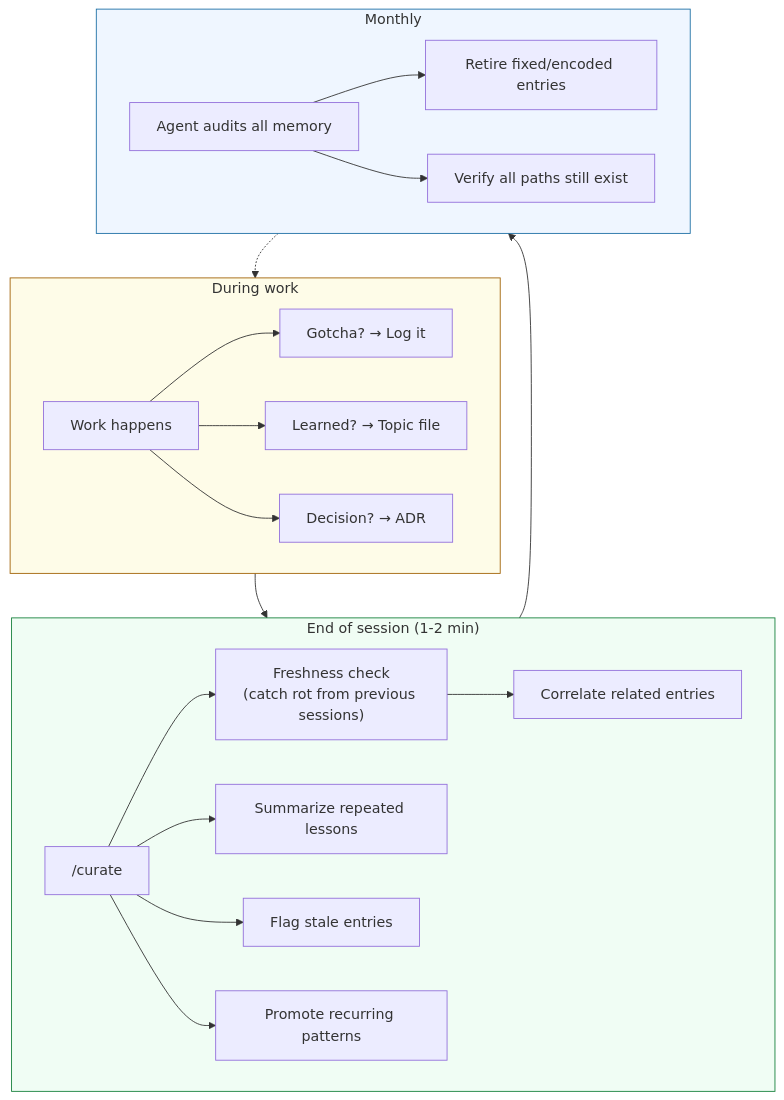
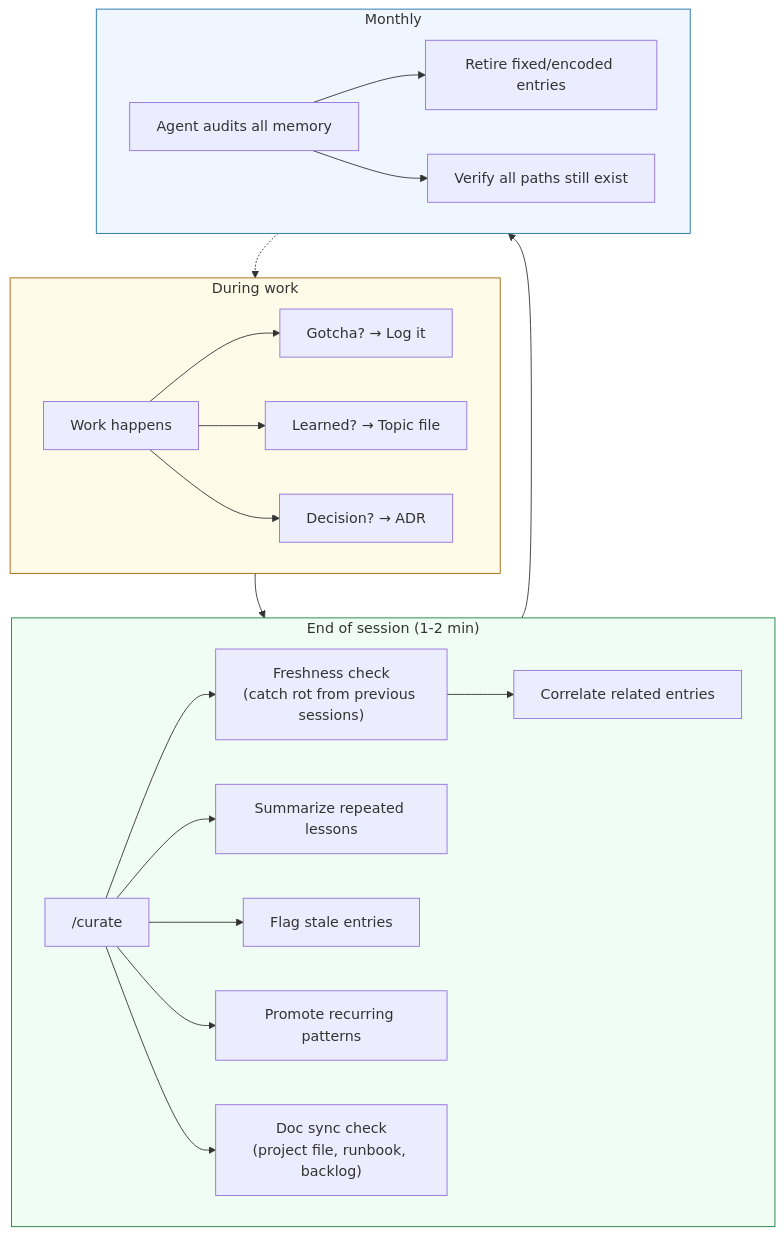
Before and after one commit to ducroq/agent-ready-projects: the fourth of 4 diagrams in docs/guide/04-the-rhythm.md, drawn with Mermaid. The commit also changed other lines of this file and 5 other files, not shown here.

First line of the commit message:
v1.6.0: doc sync step in /curate — catch documentation drift from code changes

````diff
--- a/docs/guide/04-the-rhythm.md
+++ b/docs/guide/04-the-rhythm.md
@@ -96,32 +100,33 @@
 ```mermaid
 flowchart TD
     subgraph during["During work"]
         W["Work happens"]
         W --> Gotcha["Gotcha? → Log it"]
         W --> Learn["Learned? → Topic file"]
         W --> Decide["Decision? → ADR"]
     end
 
     subgraph eos["End of session (1-2 min)"]
         Curate["/curate"]
         Curate --> Fresh["Freshness check<br/>(catch rot from previous sessions)"]
         Fresh --> Correlate["Correlate related entries"]
         Curate --> Summarize["Summarize repeated lessons"]
         Curate --> Prune["Flag stale entries"]
         Curate --> Promote["Promote recurring patterns"]
+        Curate --> DocSync["Doc sync check<br/>(project file, runbook, backlog)"]
     end
 
     subgraph monthly["Monthly"]
         Audit["Agent audits all memory"]
         Audit --> Retire["Retire fixed/encoded entries"]
         Audit --> Verify["Verify all paths still exist"]
     end
 
     during --> eos
     eos --> monthly
     monthly -.-> during
 
     style during fill:#fefce8,stroke:#a16207
     style eos fill:#f0fdf4,stroke:#16803c
     style monthly fill:#eff6ff,stroke:#1d6fa5
 ```
````
